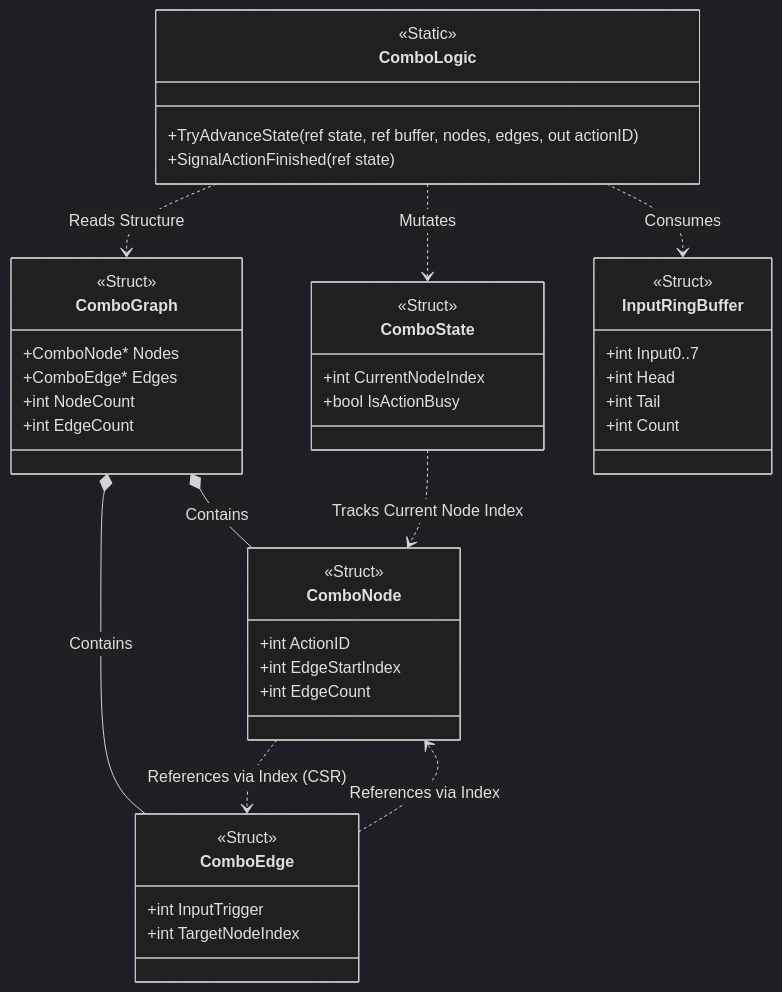
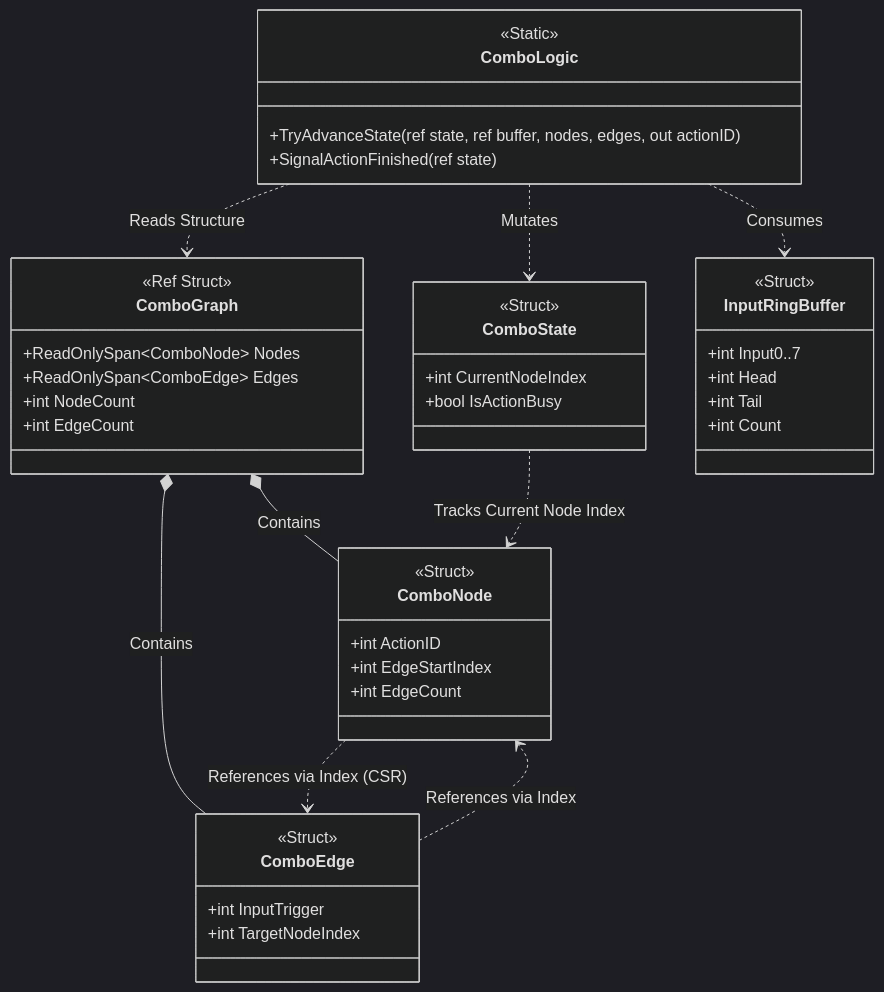
Before and after one commit to IAFahim/GameVariable: the diagram in Variable.Input/DIAGRAM.md, drawn with Mermaid (dark theme). The commit also changed 15 other files, not shown here.

```diff
--- a/Variable.Input/DIAGRAM.md
+++ b/Variable.Input/DIAGRAM.md
@@ -4,9 +4,9 @@
 classDiagram
     %% Data Layer (Structs)
     class ComboGraph {
-        <<Struct>>
-        +ComboNode* Nodes
-        +ComboEdge* Edges
+        <<Ref Struct>>
+        +ReadOnlySpan~ComboNode~ Nodes
+        +ReadOnlySpan~ComboEdge~ Edges
         +int NodeCount
         +int EdgeCount
     }
```
